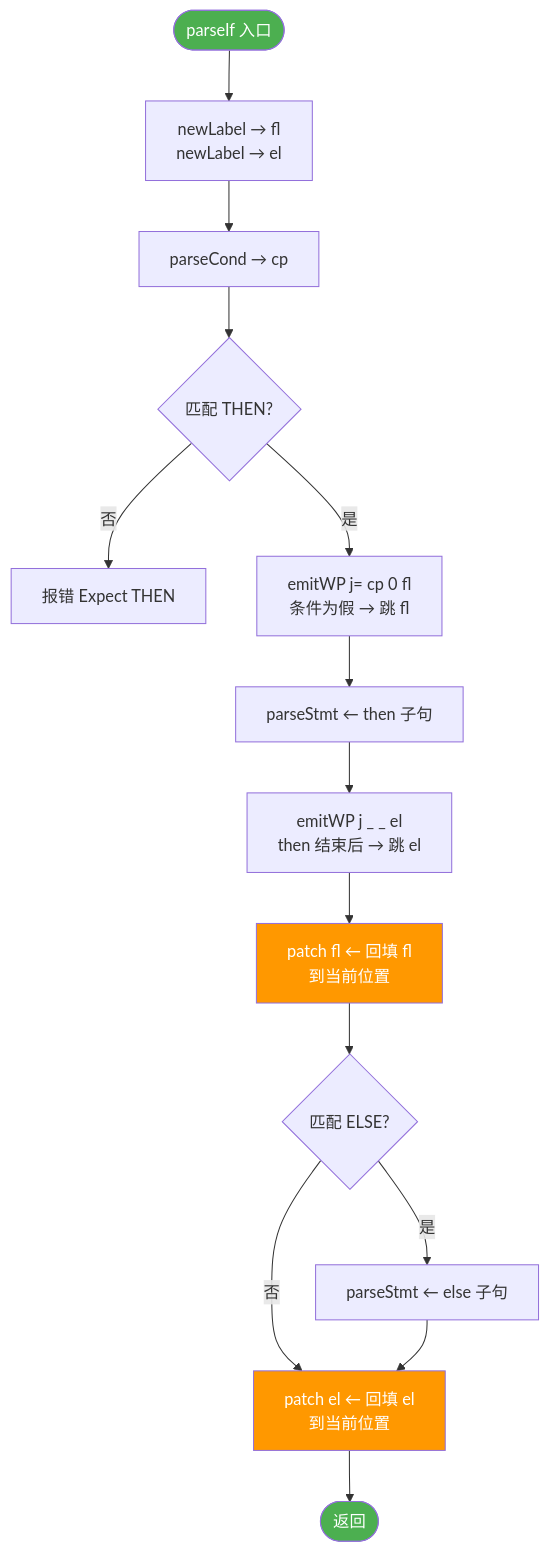
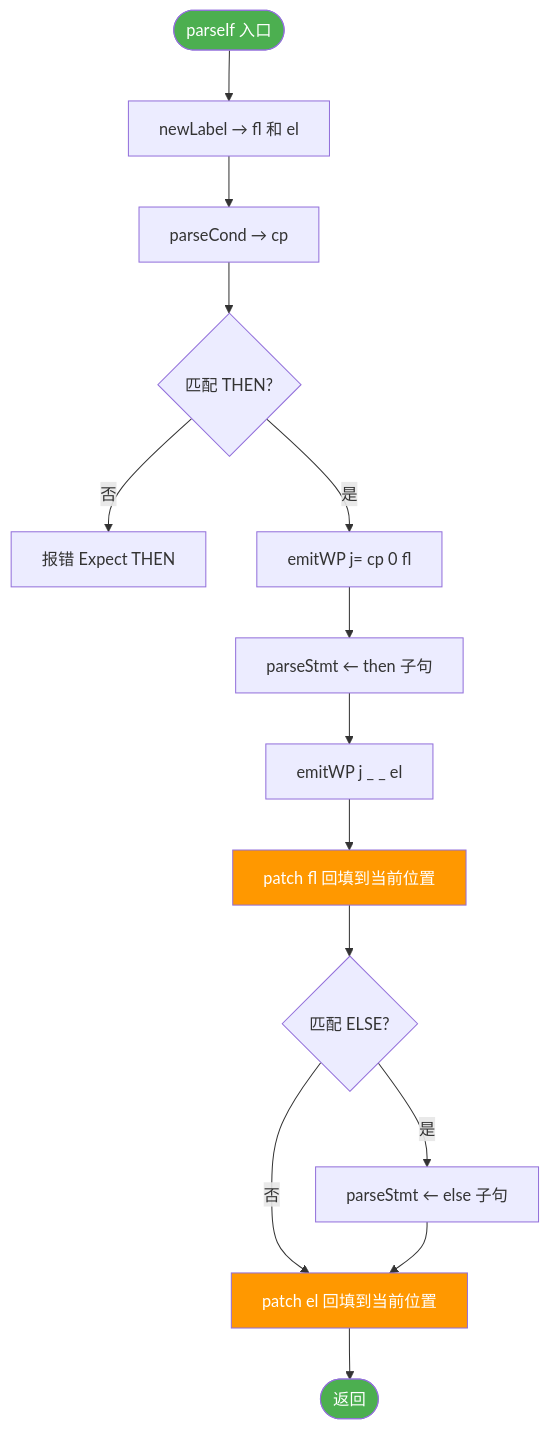
The sixth of 11 diagrams in Docs/设计流程图.md (sayzwx/L--PL-0), drawn with Mermaid before and after one commit. The commit also changed other lines of this file and 2 other files, not shown here.

Commit message:
简化 Mermaid 流程图：拆分复杂图表，移除 \\n 改用 text

````diff
--- a/Docs/设计流程图.md
+++ b/Docs/设计流程图.md
@@ -185,21 +186,21 @@
 ```mermaid
 flowchart TD
-    StartIf([parseIf 入口]) --> NewLabel[newLabel → fl\nnewLabel → el]
+    StartIf([parseIf 入口]) --> NewLabel[newLabel → fl 和 el]
     NewLabel --> Cond[parseCond → cp]
     Cond --> CheckThen{匹配 THEN?}
     CheckThen -->|否| ErrThen[报错 Expect THEN]
-    CheckThen -->|是| EmitWP1[emitWP j= cp 0 fl\n条件为假 → 跳 fl]
+    CheckThen -->|是| EmitWP1[emitWP j= cp 0 fl]
     EmitWP1 --> ThenStmt[parseStmt ← then 子句]
-    ThenStmt --> EmitWP2[emitWP j _ _ el\nthen 结束后 → 跳 el]
-    EmitWP2 --> PatchFL[patch fl ← 回填 fl\n到当前位置]
+    ThenStmt --> EmitWP2[emitWP j _ _ el]
+    EmitWP2 --> PatchFL[patch fl 回填到当前位置]
     PatchFL --> CheckElse{匹配 ELSE?}
     CheckElse -->|是| ElseStmt[parseStmt ← else 子句]
-    CheckElse -->|否| PatchEL[patch el ← 回填 el\n到当前位置]
+    CheckElse -->|否| PatchEL[patch el 回填到当前位置]
     ElseStmt --> PatchEL
     PatchEL --> EndIf([返回])
 
     style StartIf fill:#4CAF50,color:#fff
     style EndIf fill:#4CAF50,color:#fff
     style PatchFL fill:#FF9800,color:#fff
     style PatchEL fill:#FF9800,color:#fff
 ```
````
